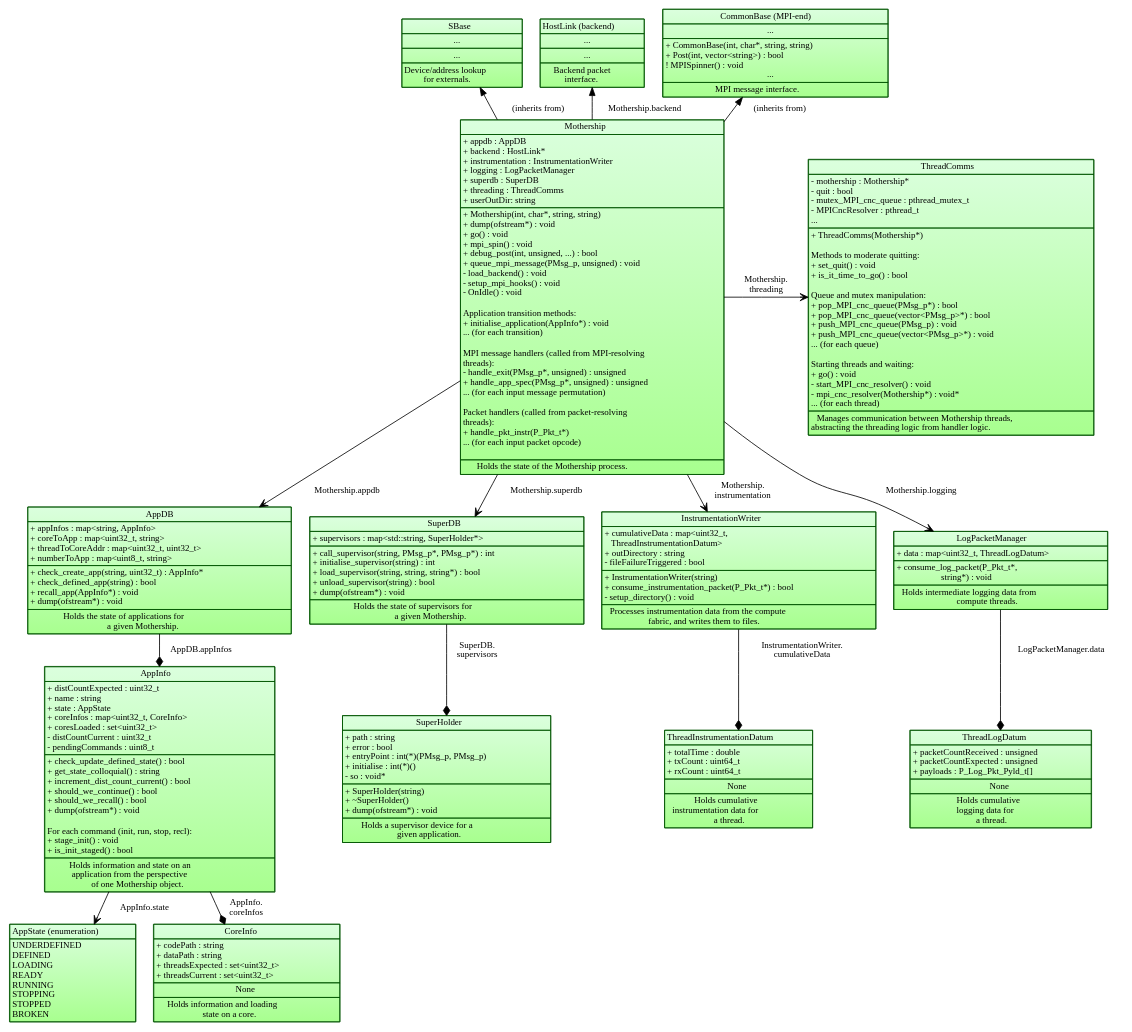
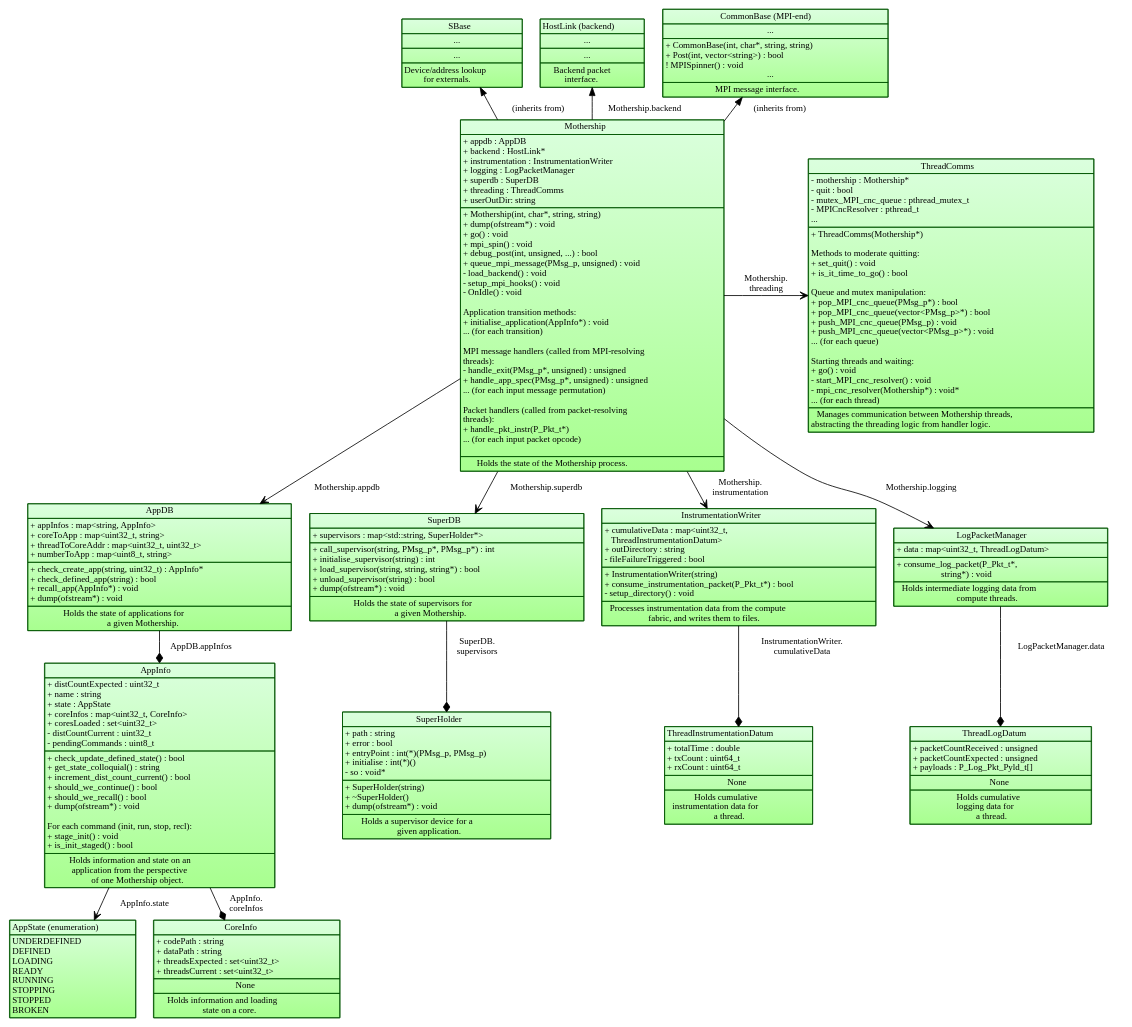
The diagram in images/source/mothership_data_structure.dot (POETSII/orchestrator-documentation), drawn with Graphviz before and after one commit.

Commit message:
Fix spacing issues in mothership data structure figure.

```diff
--- a/images/source/mothership_data_structure.dot
+++ b/images/source/mothership_data_structure.dot
@@ -106,7 +106,7 @@
 + increment_dist_count_current() : bool<BR ALIGN="LEFT"/>
 + should_we_continue() : bool<BR ALIGN="LEFT"/>
 + should_we_recall() : bool<BR ALIGN="LEFT"/>
-+ dump(ofstream*) : void<BR ALIGN="LEFT"/><BR ALIGN="LEFT"/>
++ dump(ofstream*) : void<BR ALIGN="LEFT"/> <BR ALIGN="LEFT"/>
 For each command (init, run, stop, recl):<BR ALIGN="LEFT"/>
 + stage_init() : void<BR ALIGN="LEFT"/>
 + is_init_staged() : bool<BR ALIGN="LEFT"/>
@@ -223,19 +223,19 @@
 + queue_mpi_message(PMsg_p, unsigned) : void<BR ALIGN="LEFT"/>
 - load_backend() : void<BR ALIGN="LEFT"/>
 - setup_mpi_hooks() : void<BR ALIGN="LEFT"/>
-- OnIdle() : void<BR ALIGN="LEFT"/><BR ALIGN="LEFT"/>
+- OnIdle() : void<BR ALIGN="LEFT"/> <BR ALIGN="LEFT"/>
 Application transition methods:<BR ALIGN="LEFT"/>
 + initialise_application(AppInfo*) : void<BR ALIGN="LEFT"/>
-... (for each transition)<BR ALIGN="LEFT"/><BR ALIGN="LEFT"/>
+... (for each transition)<BR ALIGN="LEFT"/> <BR ALIGN="LEFT"/>
 MPI message handlers (called from MPI-resolving<BR ALIGN="LEFT"/>
 threads):<BR ALIGN="LEFT"/>
 - handle_exit(PMsg_p*, unsigned) : unsigned<BR ALIGN="LEFT"/>
 + handle_app_spec(PMsg_p*, unsigned) : unsigned<BR ALIGN="LEFT"/>
-... (for each input message permutation)<BR ALIGN="LEFT"/><BR ALIGN="LEFT"/>
+... (for each input message permutation)<BR ALIGN="LEFT"/> <BR ALIGN="LEFT"/>
 Packet handlers (called from packet-resolving<BR ALIGN="LEFT"/>
 threads):<BR ALIGN="LEFT"/>
 + handle_pkt_instr(P_Pkt_t*)<BR ALIGN="LEFT"/>
-... (for each input packet opcode)<BR ALIGN="LEFT"/><BR ALIGN="LEFT"/>
+... (for each input packet opcode)<BR ALIGN="LEFT"/> <BR ALIGN="LEFT"/>
 </TD></TR>
 <TR><TD ALIGN="CENTER">
 Holds the state of the Mothership process.
@@ -260,16 +260,16 @@
 -->
 </TD></TR>
 <TR><TD ALIGN="LEFT">
-+ ThreadComms(Mothership*)<BR ALIGN="LEFT"/><BR ALIGN="LEFT"/>
++ ThreadComms(Mothership*)<BR ALIGN="LEFT"/> <BR ALIGN="LEFT"/>
 Methods to moderate quitting:<BR ALIGN="LEFT"/>
 + set_quit() : void<BR ALIGN="LEFT"/>
-+ is_it_time_to_go() : bool<BR ALIGN="LEFT"/><BR ALIGN="LEFT"/>
++ is_it_time_to_go() : bool<BR ALIGN="LEFT"/> <BR ALIGN="LEFT"/>
 Queue and mutex manipulation: <BR ALIGN="LEFT"/>
 + pop_MPI_cnc_queue(PMsg_p*) : bool<BR ALIGN="LEFT"/>
 + pop_MPI_cnc_queue(vector&lt;PMsg_p&gt;*) : bool<BR ALIGN="LEFT"/>
 + push_MPI_cnc_queue(PMsg_p) : void<BR ALIGN="LEFT"/>
 + push_MPI_cnc_queue(vector&lt;PMsg_p&gt;*) : void<BR ALIGN="LEFT"/>
-... (for each queue)<BR ALIGN="LEFT"/><BR ALIGN="LEFT"/>
+... (for each queue)<BR ALIGN="LEFT"/> <BR ALIGN="LEFT"/>
 <!--
 + pop_MPI_app_queue(PMsg_p*) : bool<BR ALIGN="LEFT"/>
 + pop_MPI_app_queue(vector&lt;PMsg_p*&gt;*) : bool<BR ALIGN="LEFT"/>
```
